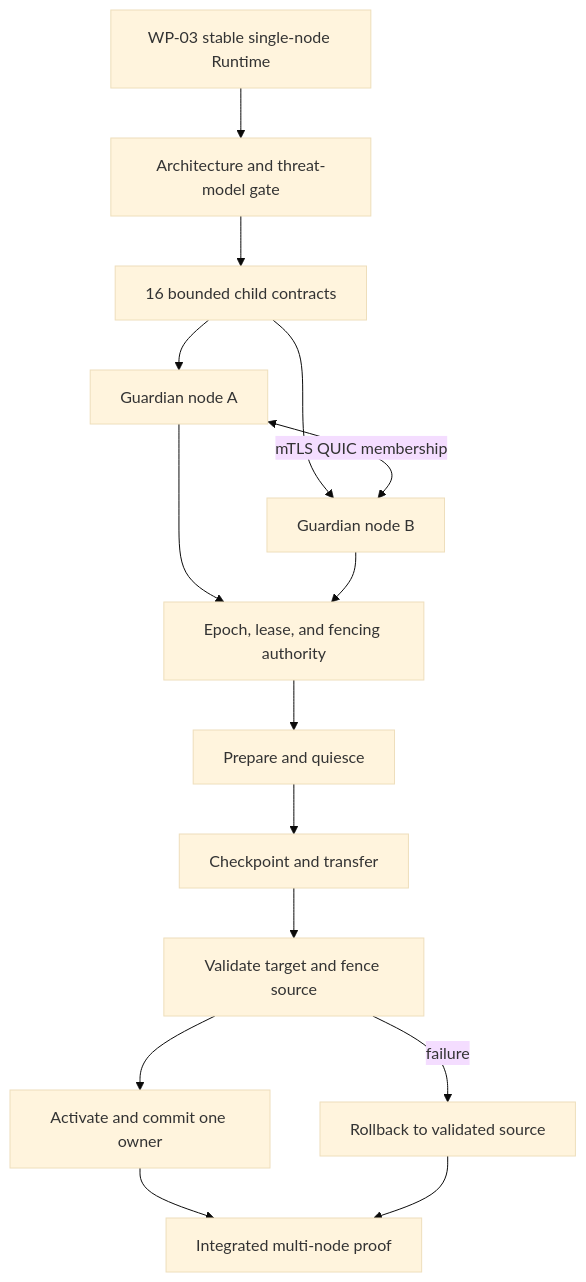
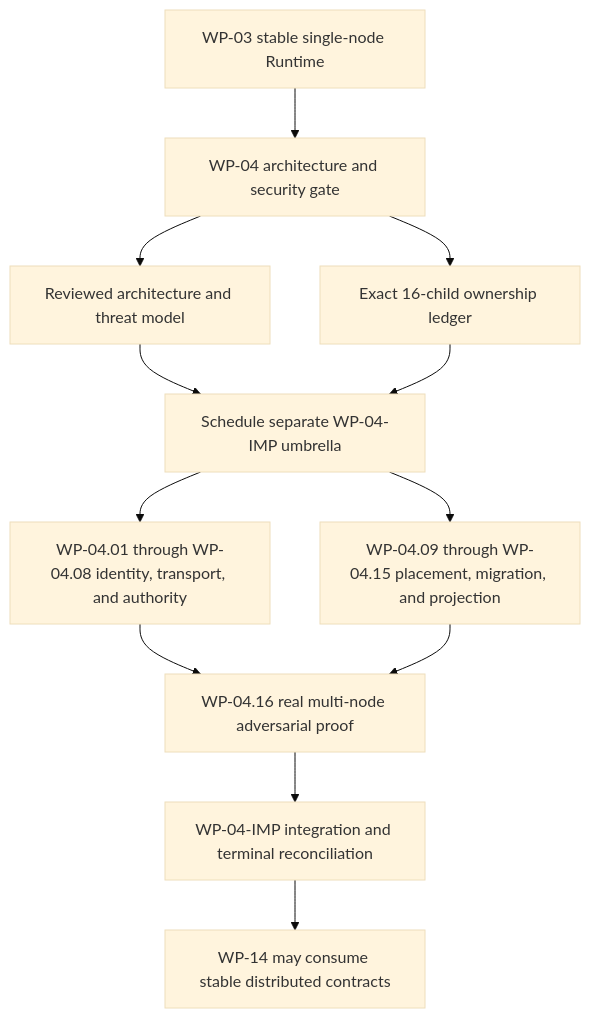
The diagram in .csdlc/prepared/issues/5821/diagram.mmd (danielbaustin/agent-design-language), drawn with Mermaid (base theme) before and after one commit. The commit also changed 63 other files, not shown here.

```diff
--- a/.csdlc/prepared/issues/5821/diagram.mmd
+++ b/.csdlc/prepared/issues/5821/diagram.mmd
@@ -1,15 +1,12 @@
 flowchart TD
-  W["WP-03 stable single-node Runtime"] --> A["Architecture and threat-model gate"]
-  A --> C["16 bounded child contracts"]
-  C --> N1["Guardian node A"]
-  C --> N2["Guardian node B"]
-  N1 <-->|"mTLS QUIC membership"| N2
-  N1 --> E["Epoch, lease, and fencing authority"]
-  N2 --> E
-  E --> M["Prepare and quiesce"]
-  M --> S["Checkpoint and transfer"]
-  S --> V["Validate target and fence source"]
-  V --> K["Activate and commit one owner"]
-  V -->|"failure"| R["Rollback to validated source"]
-  K --> P["Integrated multi-node proof"]
-  R --> P
+  W["WP-03 stable single-node Runtime"] --> A["WP-04 architecture and security gate"]
+  A --> T["Reviewed architecture and threat model"]
+  A --> L["Exact 16-child ownership ledger"]
+  T --> U["Schedule separate WP-04-IMP umbrella"]
+  L --> U
+  U --> C1["WP-04.01 through WP-04.08 identity, transport, and authority"]
+  U --> C2["WP-04.09 through WP-04.15 placement, migration, and projection"]
+  C1 --> C16["WP-04.16 real multi-node adversarial proof"]
+  C2 --> C16
+  C16 --> I["WP-04-IMP integration and terminal reconciliation"]
+  I --> N["WP-14 may consume stable distributed contracts"]
```
